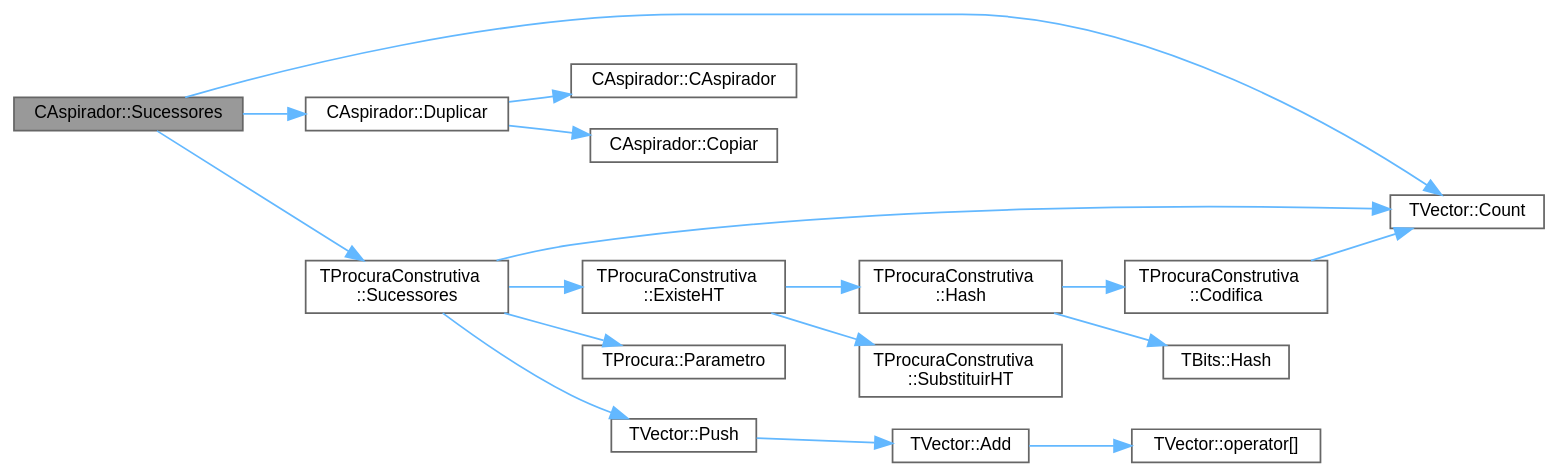
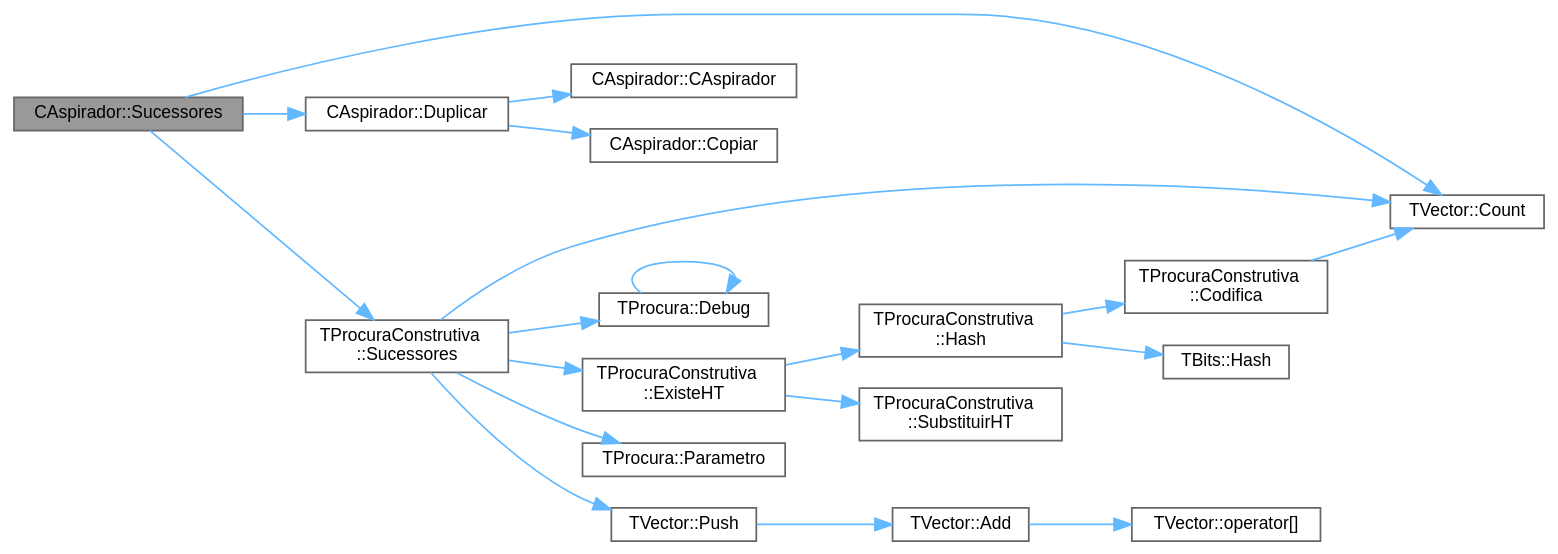
One commit to jcoelho72/TProcura changed the diagram in classCAspirador_ac28dba7dd58b76f9d16f44ebac66fab8_cgraph.dot. Above: the diagram before and after it, drawn with Graphviz. The commit also changed 125 other files, not shown here.

```diff
--- a/classCAspirador_ac28dba7dd58b76f9d16f44ebac66fab8_cgraph.dot
+++ b/classCAspirador_ac28dba7dd58b76f9d16f44ebac66fab8_cgraph.dot
@@ -1,39 +1,42 @@
 digraph "CAspirador::Sucessores"
 {
  // LATEX_PDF_SIZE
   bgcolor="transparent";
   edge [fontname=Helvetica,fontsize=10,labelfontname=Helvetica,labelfontsize=10];
   node [fontname=Helvetica,fontsize=10,shape=box,height=0.2,width=0.4];
   rankdir="LR";
   Node1 [id="Node000001",label="CAspirador::Sucessores",height=0.2,width=0.4,color="gray40", fillcolor="grey60", style="filled", fontcolor="black",tooltip="Coloca em sucessores a lista de estados sucessores."];
   Node1 -> Node2 [id="edge1_Node000001_Node000002",color="steelblue1",style="solid",tooltip=" "];
   Node2 [id="Node000002",label="TVector::Count",height=0.2,width=0.4,color="grey40", fillcolor="white", style="filled",URL="$classTVector.html#ac3c744d84543ca6e32859eb7dfccfeef",tooltip=" "];
   Node1 -> Node3 [id="edge2_Node000001_Node000003",color="steelblue1",style="solid",tooltip=" "];
   Node3 [id="Node000003",label="CAspirador::Duplicar",height=0.2,width=0.4,color="grey40", fillcolor="white", style="filled",URL="$classCAspirador.html#a3c9571f17ca0cbb074943ddd9bd27587",tooltip="Cria um objeto que é uma cópia deste."];
   Node3 -> Node4 [id="edge3_Node000003_Node000004",color="steelblue1",style="solid",tooltip=" "];
   Node4 [id="Node000004",label="CAspirador::CAspirador",height=0.2,width=0.4,color="grey40", fillcolor="white", style="filled",URL="$classCAspirador.html#a52673724fb2175563cc6838e6ec8f0a5",tooltip=" "];
   Node3 -> Node5 [id="edge4_Node000003_Node000005",color="steelblue1",style="solid",tooltip=" "];
   Node5 [id="Node000005",label="CAspirador::Copiar",height=0.2,width=0.4,color="grey40", fillcolor="white", style="filled",URL="$classCAspirador.html#abd4d29608ece6b32afd7dbf1afc12c5b",tooltip=" "];
   Node1 -> Node6 [id="edge5_Node000001_Node000006",color="steelblue1",style="solid",tooltip=" "];
   Node6 [id="Node000006",label="TProcuraConstrutiva\l::Sucessores",height=0.2,width=0.4,color="grey40", fillcolor="white", style="filled",URL="$group__RedefinicaoMandatoria.html#ga0a13570d2f5a21296e3c10c2780e170c",tooltip="Coloca em sucessores a lista de estados sucessores."];
   Node6 -> Node2 [id="edge6_Node000006_Node000002",color="steelblue1",style="solid",tooltip=" "];
   Node6 -> Node7 [id="edge7_Node000006_Node000007",color="steelblue1",style="solid",tooltip=" "];
-  Node7 [id="Node000007",label="TProcuraConstrutiva\l::ExisteHT",height=0.2,width=0.4,color="grey40", fillcolor="white", style="filled",URL="$classTProcuraConstrutiva.html#ad7857beab462b4b09a37e70cc9c787ac",tooltip=" "];
-  Node7 -> Node8 [id="edge8_Node000007_Node000008",color="steelblue1",style="solid",tooltip=" "];
-  Node8 [id="Node000008",label="TProcuraConstrutiva\l::Hash",height=0.2,width=0.4,color="grey40", fillcolor="white", style="filled",URL="$classTProcuraConstrutiva.html#a70375188a6ee7775bc842a3e64f8e35c",tooltip=" "];
-  Node8 -> Node9 [id="edge9_Node000008_Node000009",color="steelblue1",style="solid",tooltip=" "];
-  Node9 [id="Node000009",label="TProcuraConstrutiva\l::Codifica",height=0.2,width=0.4,color="grey40", fillcolor="white", style="filled",URL="$group__RedefinicaoSugerida.html#ga3b3873fa9df6753fd408a8e11e932f9f",tooltip="Codifica o estado para um vetor de inteiros de 64 bits."];
-  Node9 -> Node2 [id="edge10_Node000009_Node000002",color="steelblue1",style="solid",tooltip=" "];
-  Node8 -> Node10 [id="edge11_Node000008_Node000010",color="steelblue1",style="solid",tooltip=" "];
-  Node10 [id="Node000010",label="TBits::Hash",height=0.2,width=0.4,color="grey40", fillcolor="white", style="filled",URL="$classTBits.html#ae982ae13568bb4c4f3b61cc104761a3e",tooltip=" "];
-  Node7 -> Node11 [id="edge12_Node000007_Node000011",color="steelblue1",style="solid",tooltip=" "];
-  Node11 [id="Node000011",label="TProcuraConstrutiva\l::SubstituirHT",height=0.2,width=0.4,color="grey40", fillcolor="white", style="filled",URL="$classTProcuraConstrutiva.html#a99b7a74f16f5a1b63b12bf629b902057",tooltip=" "];
-  Node6 -> Node12 [id="edge13_Node000006_Node000012",color="steelblue1",style="solid",tooltip=" "];
-  Node12 [id="Node000012",label="TProcura::Parametro",height=0.2,width=0.4,color="grey40", fillcolor="white", style="filled",URL="$classTProcura.html#a0e9e692f29af8a5d5279a8647c800437",tooltip=" "];
-  Node6 -> Node13 [id="edge14_Node000006_Node000013",color="steelblue1",style="solid",tooltip=" "];
-  Node13 [id="Node000013",label="TVector::Push",height=0.2,width=0.4,color="grey40", fillcolor="white", style="filled",URL="$classTVector.html#afd25458f77157e6e8aa4ba0e6be3fb64",tooltip=" "];
-  Node13 -> Node14 [id="edge15_Node000013_Node000014",color="steelblue1",style="solid",tooltip=" "];
-  Node14 [id="Node000014",label="TVector::Add",height=0.2,width=0.4,color="grey40", fillcolor="white", style="filled",URL="$classTVector.html#aa28afdd47b27c5e004fc75b86d6f66a6",tooltip=" "];
-  Node14 -> Node15 [id="edge16_Node000014_Node000015",color="steelblue1",style="solid",tooltip=" "];
-  Node15 [id="Node000015",label="TVector::operator[]",height=0.2,width=0.4,color="grey40", fillcolor="white", style="filled",URL="$classTVector.html#a372a42fd7c4a94fee43db36d6a339b33",tooltip="Acesso por índice com auto-expansão."];
+  Node7 [id="Node000007",label="TProcura::Debug",height=0.2,width=0.4,color="grey40", fillcolor="white", style="filled",URL="$classTProcura.html#a0c5676c1b54ab6bdc1045b98aeafe456",tooltip="Mostra o estado no ecrã, para debug."];
+  Node7 -> Node7 [id="edge8_Node000007_Node000007",color="steelblue1",style="solid",tooltip=" "];
+  Node6 -> Node8 [id="edge9_Node000006_Node000008",color="steelblue1",style="solid",tooltip=" "];
+  Node8 [id="Node000008",label="TProcuraConstrutiva\l::ExisteHT",height=0.2,width=0.4,color="grey40", fillcolor="white", style="filled",URL="$classTProcuraConstrutiva.html#ad7857beab462b4b09a37e70cc9c787ac",tooltip=" "];
+  Node8 -> Node9 [id="edge10_Node000008_Node000009",color="steelblue1",style="solid",tooltip=" "];
+  Node9 [id="Node000009",label="TProcuraConstrutiva\l::Hash",height=0.2,width=0.4,color="grey40", fillcolor="white", style="filled",URL="$classTProcuraConstrutiva.html#a70375188a6ee7775bc842a3e64f8e35c",tooltip=" "];
+  Node9 -> Node10 [id="edge11_Node000009_Node000010",color="steelblue1",style="solid",tooltip=" "];
+  Node10 [id="Node000010",label="TProcuraConstrutiva\l::Codifica",height=0.2,width=0.4,color="grey40", fillcolor="white", style="filled",URL="$group__RedefinicaoSugerida.html#ga3b3873fa9df6753fd408a8e11e932f9f",tooltip="Codifica o estado para um vetor de inteiros de 64 bits."];
+  Node10 -> Node2 [id="edge12_Node000010_Node000002",color="steelblue1",style="solid",tooltip=" "];
+  Node9 -> Node11 [id="edge13_Node000009_Node000011",color="steelblue1",style="solid",tooltip=" "];
+  Node11 [id="Node000011",label="TBits::Hash",height=0.2,width=0.4,color="grey40", fillcolor="white", style="filled",URL="$classTBits.html#ae982ae13568bb4c4f3b61cc104761a3e",tooltip=" "];
+  Node8 -> Node12 [id="edge14_Node000008_Node000012",color="steelblue1",style="solid",tooltip=" "];
+  Node12 [id="Node000012",label="TProcuraConstrutiva\l::SubstituirHT",height=0.2,width=0.4,color="grey40", fillcolor="white", style="filled",URL="$classTProcuraConstrutiva.html#a99b7a74f16f5a1b63b12bf629b902057",tooltip=" "];
+  Node6 -> Node13 [id="edge15_Node000006_Node000013",color="steelblue1",style="solid",tooltip=" "];
+  Node13 [id="Node000013",label="TProcura::Parametro",height=0.2,width=0.4,color="grey40", fillcolor="white", style="filled",URL="$classTProcura.html#a0e9e692f29af8a5d5279a8647c800437",tooltip=" "];
+  Node6 -> Node14 [id="edge16_Node000006_Node000014",color="steelblue1",style="solid",tooltip=" "];
+  Node14 [id="Node000014",label="TVector::Push",height=0.2,width=0.4,color="grey40", fillcolor="white", style="filled",URL="$classTVector.html#afd25458f77157e6e8aa4ba0e6be3fb64",tooltip=" "];
+  Node14 -> Node15 [id="edge17_Node000014_Node000015",color="steelblue1",style="solid",tooltip=" "];
+  Node15 [id="Node000015",label="TVector::Add",height=0.2,width=0.4,color="grey40", fillcolor="white", style="filled",URL="$classTVector.html#aa28afdd47b27c5e004fc75b86d6f66a6",tooltip=" "];
+  Node15 -> Node16 [id="edge18_Node000015_Node000016",color="steelblue1",style="solid",tooltip=" "];
+  Node16 [id="Node000016",label="TVector::operator[]",height=0.2,width=0.4,color="grey40", fillcolor="white", style="filled",URL="$classTVector.html#a372a42fd7c4a94fee43db36d6a339b33",tooltip="Acesso por índice com auto-expansão."];
 }
```
